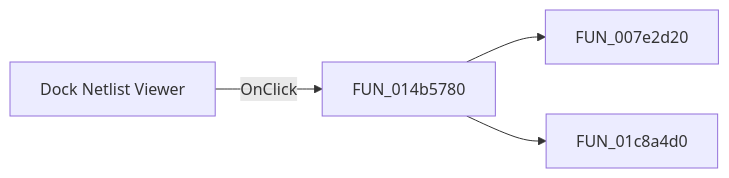
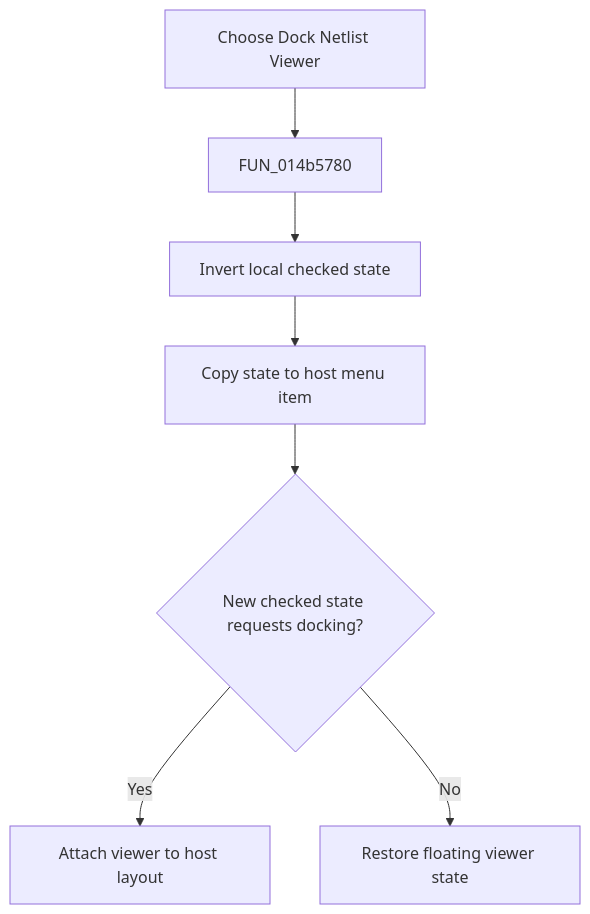
One commit to MovGP0/TIARA changed the diagram in docs/ui-controls/netlistviewer/midockviewer-ac183d0d29.md. Above: the diagram before and after it, drawn with Mermaid. The commit also changed other lines of this file and 1062 other files, not shown here.

````diff
--- a/docs/ui-controls/netlistviewer/midockviewer-ac183d0d29.md
+++ b/docs/ui-controls/netlistviewer/midockviewer-ac183d0d29.md
@@ -27,6 +27,9 @@
 ```mermaid
-flowchart LR
-    control["Dock Netlist Viewer"] -->|OnClick| handler["FUN_014b5780"]
-    handler --> call1["FUN_007e2d20"]
-    handler --> call2["FUN_01c8a4d0"]
+flowchart TD
+    control["Choose Dock Netlist Viewer"] --> handler["FUN_014b5780"]
+    handler --> toggle["Invert local checked state"]
+    toggle --> sync["Copy state to host menu item"]
+    sync --> dock{"New checked state requests docking?"}
+    dock -->|Yes| attach["Attach viewer to host layout"]
+    dock -->|No| detach["Restore floating viewer state"]
 ```
````
